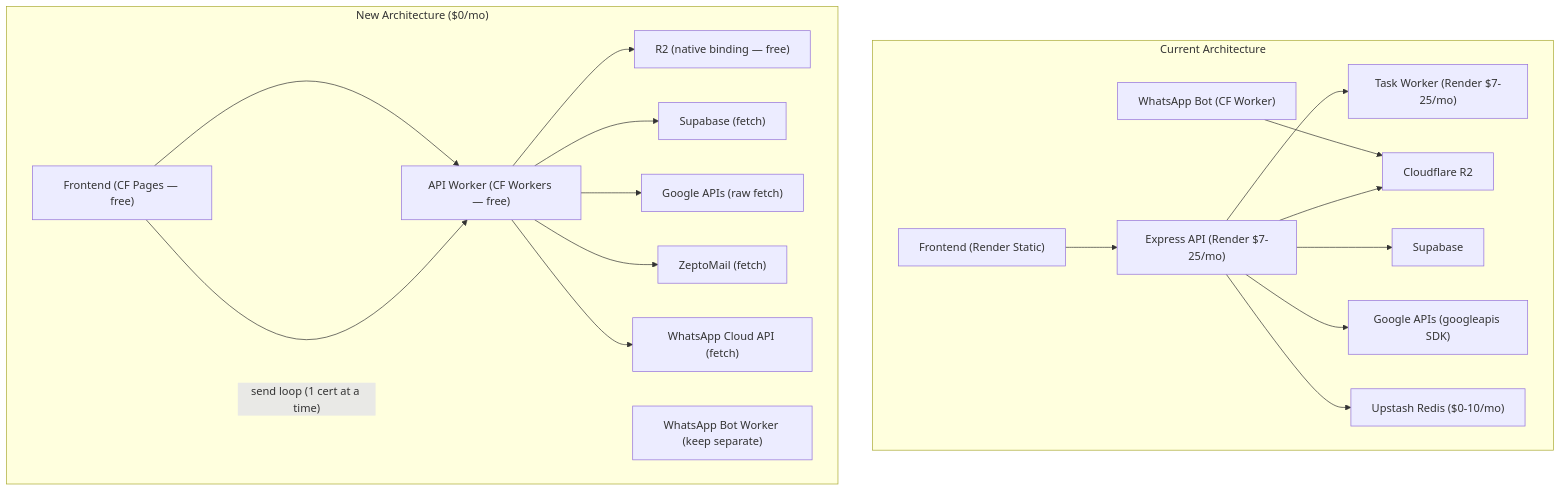
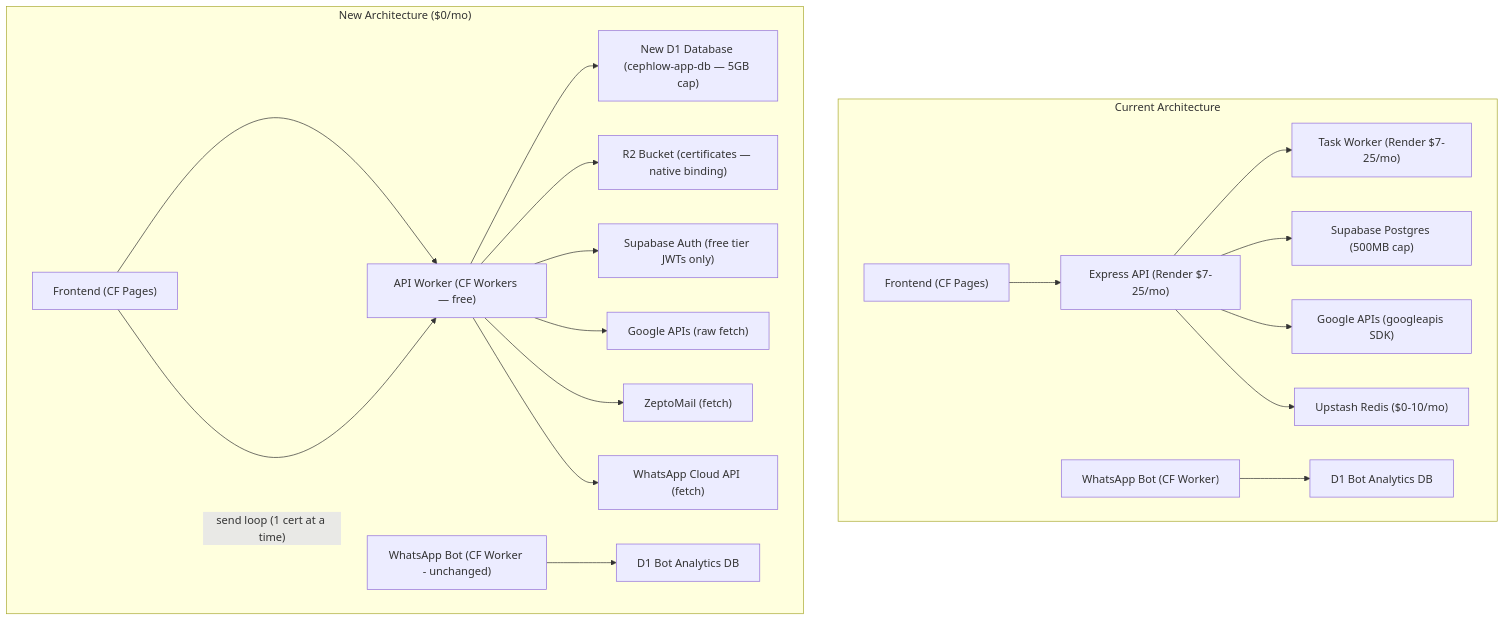
The diagram in workers_migration_plan.md (Adithyan-b-raj/cephlow2), drawn with Mermaid before and after one commit. The commit also changed other lines of this file and 231 other files, not shown here.

Commit message:
fix: resolve auth middleware, missing template tables, parameter binding mismatch, and student profile DB constraints

````diff
--- a/workers_migration_plan.md
+++ b/workers_migration_plan.md
@@ -27,23 +20,23 @@
 ```mermaid
 graph TB
     subgraph "Current Architecture"
-        FE["Frontend (Render Static)"] --> API["Express API (Render $7-25/mo)"]
+        FE["Frontend (CF Pages)"] --> API["Express API (Render $7-25/mo)"]
         API --> Worker["Task Worker (Render $7-25/mo)"]
-        API --> R2["Cloudflare R2"]
-        API --> SB["Supabase"]
+        API --> SB_DB["Supabase Postgres (500MB cap)"]
         API --> GA["Google APIs (googleapis SDK)"]
-        WA_WKR["WhatsApp Bot (CF Worker)"] --> R2
         API --> Redis["Upstash Redis ($0-10/mo)"]
+        WA_WKR["WhatsApp Bot (CF Worker)"] --> WA_DB["D1 Bot Analytics DB"]
     end
 
     subgraph "New Architecture ($0/mo)"
-        FE2["Frontend (CF Pages — free)"] --> CFW["API Worker (CF Workers — free)"]
+        FE2["Frontend (CF Pages)"] --> CFW["API Worker (CF Workers — free)"]
         FE2 -->|"send loop (1 cert at a time)"| CFW
-        CFW --> R2B["R2 (native binding — free)"]
-        CFW --> SB2["Supabase (fetch)"]
+        CFW --> D1["New D1 Database (cephlow-app-db — 5GB cap)"]
+        CFW --> R2["R2 Bucket (certificates — native binding)"]
+        CFW --> SB_AUTH["Supabase Auth (free tier JWTs only)"]
         CFW --> GA2["Google APIs (raw fetch)"]
         CFW --> ZEPTO["ZeptoMail (fetch)"]
         CFW --> WAPI["WhatsApp Cloud API (fetch)"]
-        WA_WKR2["WhatsApp Bot Worker (keep separate)"]
+        WA_WKR2["WhatsApp Bot (CF Worker - unchanged)"] --> WA_DB2["D1 Bot Analytics DB"]
     end
 ```
````
